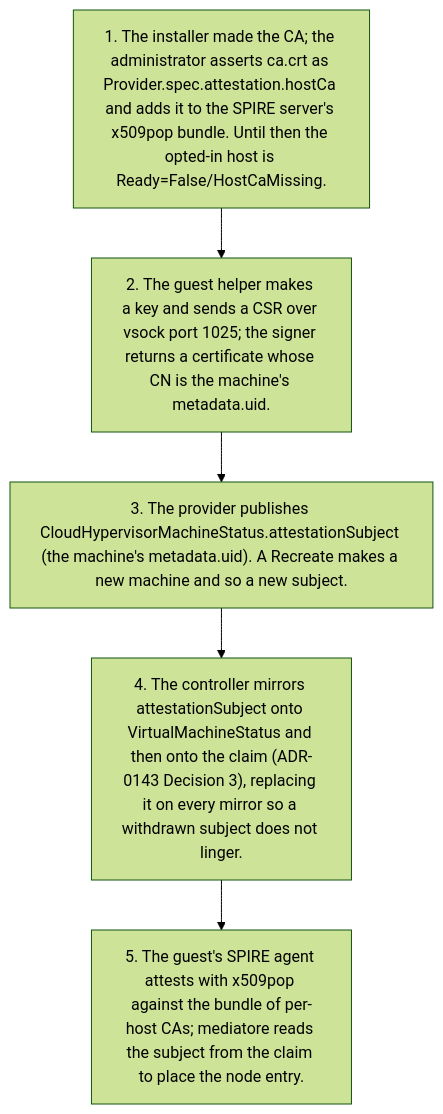
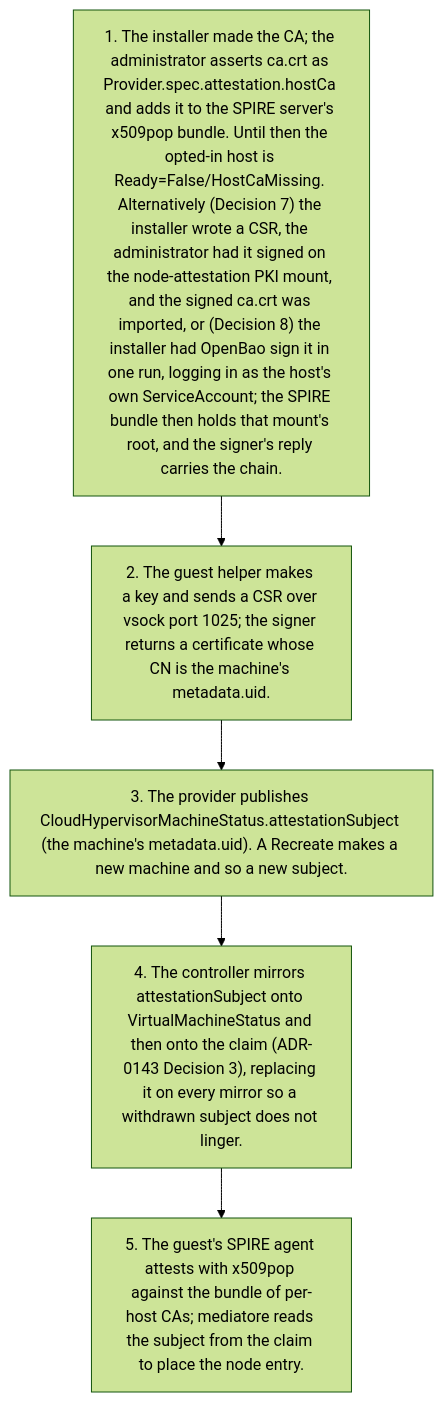
Diagram 21 of 21 in docs/src/architecture/flows.md (firestoned/banlieue), drawn with Mermaid (forest theme) before and after one commit. The commit also changed 6 other files, not shown here.

````diff
--- a/docs/src/architecture/flows.md
+++ b/docs/src/architecture/flows.md
@@ -384,9 +384,9 @@
 ```mermaid
 flowchart TD
-    t1["1. The installer made the CA; the administrator asserts ca.crt as Provider.spec.attestation.hostCa and adds it to the SPIRE server's x509pop bundle. Until then the opted-in host is Ready=False/HostCaMissing."]
+    t1["1. The installer made the CA; the administrator asserts ca.crt as Provider.spec.attestation.hostCa and adds it to the SPIRE server's x509pop bundle. Until then the opted-in host is Ready=False/HostCaMissing. Alternatively (Decision 7) the installer wrote a CSR, the administrator had it signed on the node-attestation PKI mount, and the signed ca.crt was imported, or (Decision 8) the installer had OpenBao sign it in one run, logging in as the host's own ServiceAccount; the SPIRE bundle then holds that mount's root, and the signer's reply carries the chain."]
     t2["2. The guest helper makes a key and sends a CSR over vsock port 1025; the signer returns a certificate whose CN is the machine's metadata.uid."]
     t3["3. The provider publishes CloudHypervisorMachineStatus.attestationSubject (the machine's metadata.uid). A Recreate makes a new machine and so a new subject."]
     t4["4. The controller mirrors attestationSubject onto VirtualMachineStatus and then onto the claim (ADR-0143 Decision 3), replacing it on every mirror so a withdrawn subject does not linger."]
     t5["5. The guest's SPIRE agent attests with x509pop against the bundle of per-host CAs; mediatore reads the subject from the claim to place the node entry."]
     t1 --> t2 --> t3 --> t4 --> t5
 ```
````
